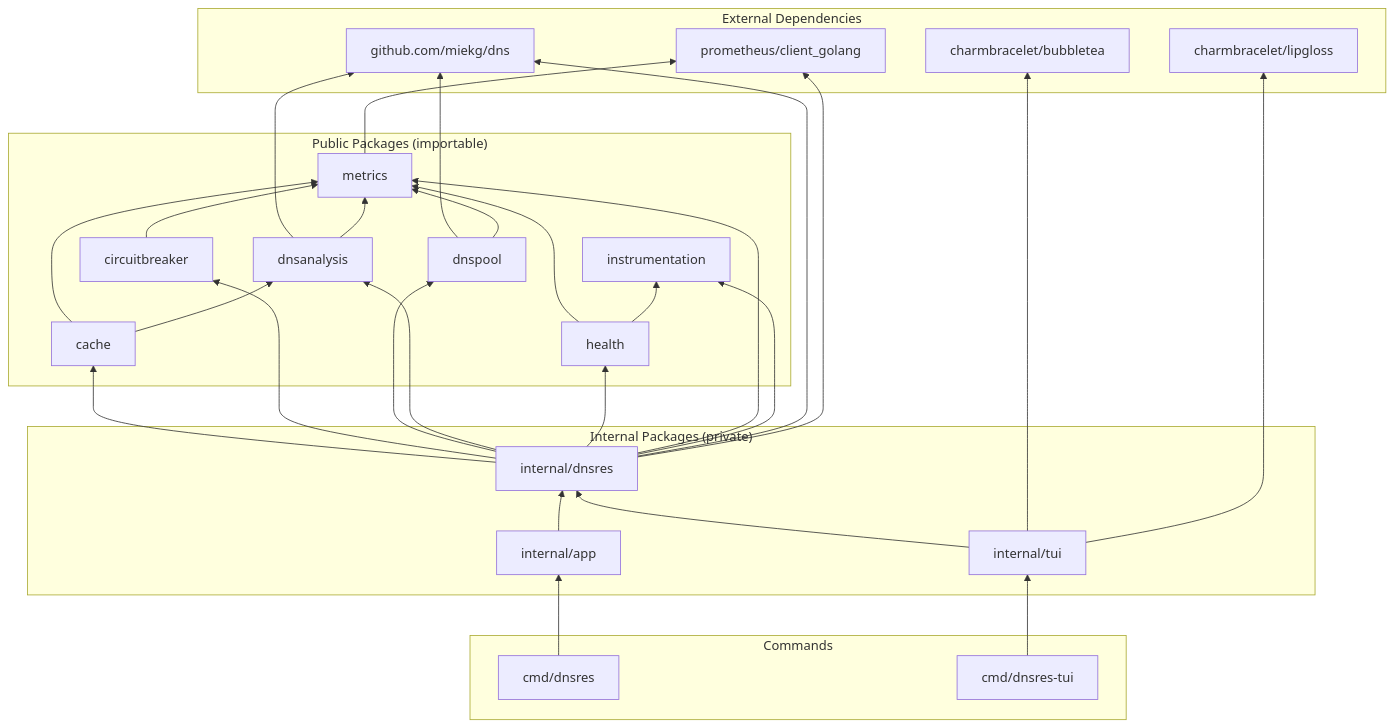
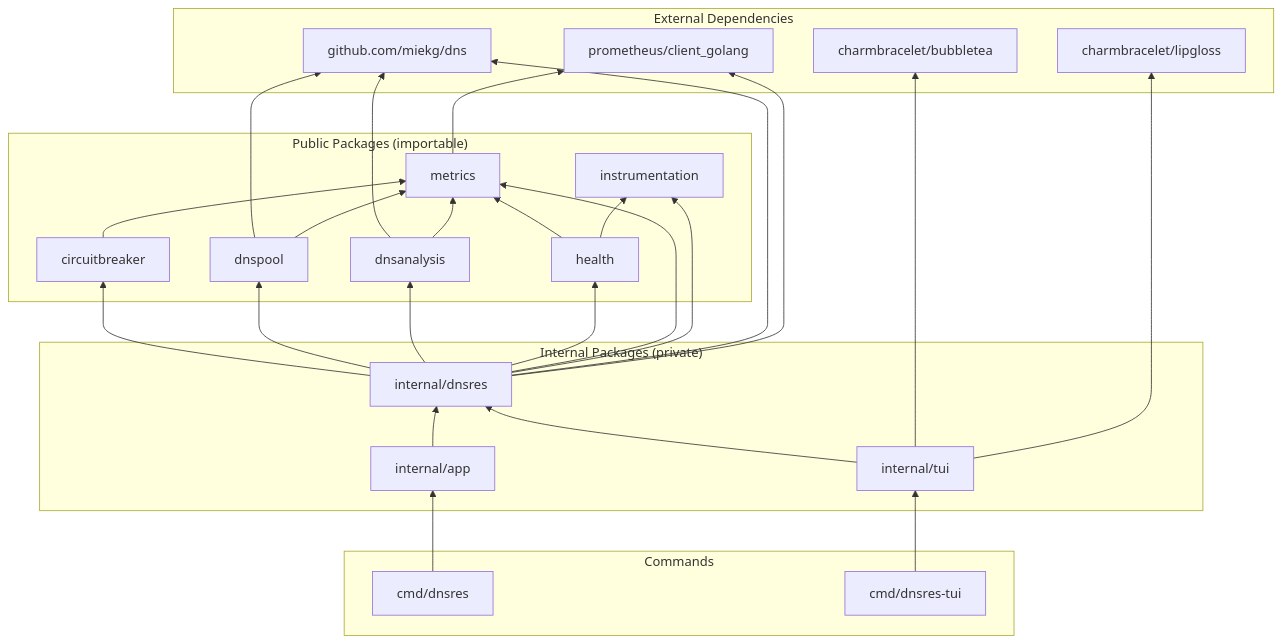
Before and after one commit to mikesale/dnsres: the sixth of 6 diagrams in PROJECT_MAP.md, drawn with Mermaid. The commit also changed other lines of this file and 19 other files, not shown here.

````diff
--- a/PROJECT_MAP.md
+++ b/PROJECT_MAP.md
@@ -599,61 +559,57 @@
 ```mermaid
 graph BT
     subgraph "External Dependencies"
         DNS["github.com/miekg/dns"]
         PROM["prometheus/client_golang"]
         CHARM["charmbracelet/bubbletea"]
         LIPGLOSS["charmbracelet/lipgloss"]
     end
 
     subgraph "Public Packages (importable)"
         METRICS["metrics"]
         INSTR["instrumentation"]
-        CACHE["cache"]
         CB["circuitbreaker"]
         POOL["dnspool"]
         ANALYSIS["dnsanalysis"]
         HEALTH["health"]
     end
 
     subgraph "Internal Packages (private)"
         DNSRES["internal/dnsres"]
         APP["internal/app"]
         TUI["internal/tui"]
     end
 
     subgraph "Commands"
         CMD["cmd/dnsres"]
         CMDTUI["cmd/dnsres-tui"]
     end
 
     %% Dependencies
     METRICS --> PROM
-    CACHE --> METRICS
-    CACHE --> ANALYSIS
     CB --> METRICS
     POOL --> DNS
     POOL --> METRICS
     ANALYSIS --> DNS
     ANALYSIS --> METRICS
     HEALTH --> METRICS
     HEALTH --> INSTR
 
-    DNSRES --> CACHE
     DNSRES --> CB
     DNSRES --> POOL
     DNSRES --> ANALYSIS
     DNSRES --> HEALTH
     DNSRES --> METRICS
     DNSRES --> INSTR
     DNSRES --> DNS
     DNSRES --> PROM
 
     APP --> DNSRES
 
     TUI --> DNSRES
     TUI --> CHARM
     TUI --> LIPGLOSS
 
     CMD --> APP
     CMDTUI --> TUI
 ```
````
